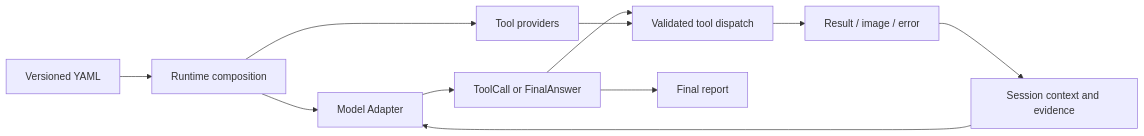
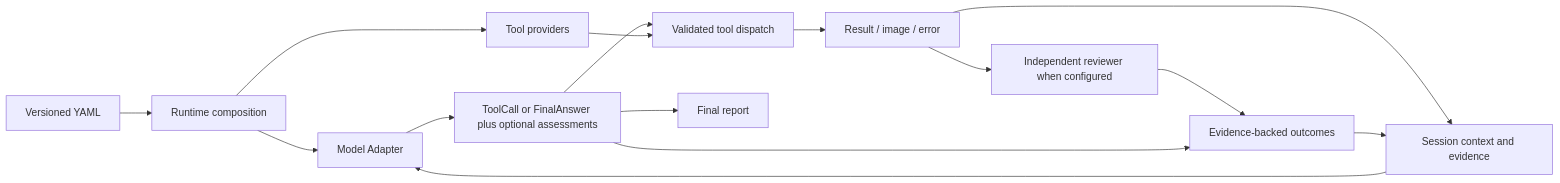
The diagram in docs/architecture.md (qianyuhang16/HumanoidAgent), drawn with Mermaid before and after one commit. The commit also changed other lines of this file and 21 other files, not shown here.

````diff
--- a/docs/architecture.md
+++ b/docs/architecture.md
@@ -5,13 +5,17 @@
 ```mermaid
 flowchart LR
     YAML[Versioned YAML] --> Runtime[Runtime composition]
     Runtime --> Model[Model Adapter]
     Runtime --> Tools[Tool providers]
     Session[Session context and evidence] --> Model
-    Model --> Call[ToolCall or FinalAnswer]
+    Model --> Call[ToolCall or FinalAnswer plus optional assessments]
     Call --> Dispatch[Validated tool dispatch]
     Tools --> Dispatch
     Dispatch --> Result[Result / image / error]
     Result --> Session
+    Result --> Review[Independent reviewer when configured]
+    Review --> Ledger[Evidence-backed outcomes]
+    Ledger --> Session
+    Call --> Ledger
     Call --> Report[Final report]
 ```
````
